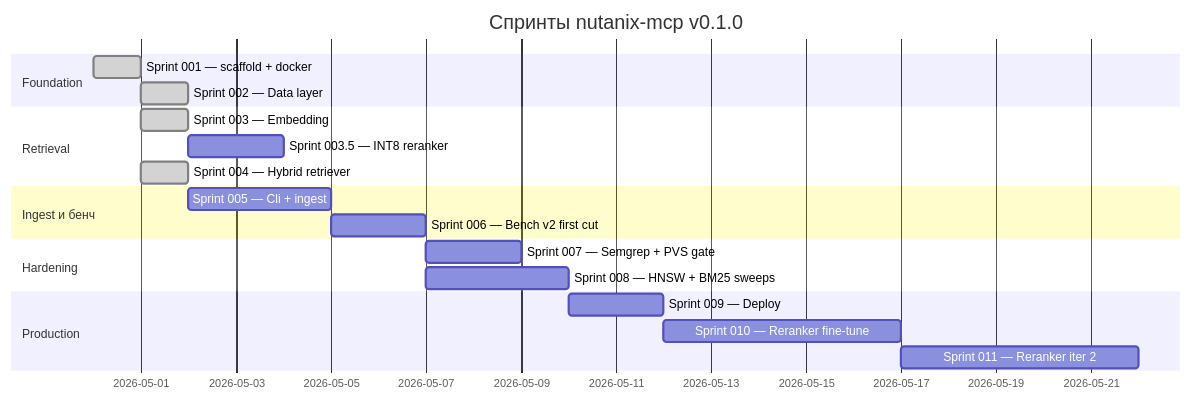
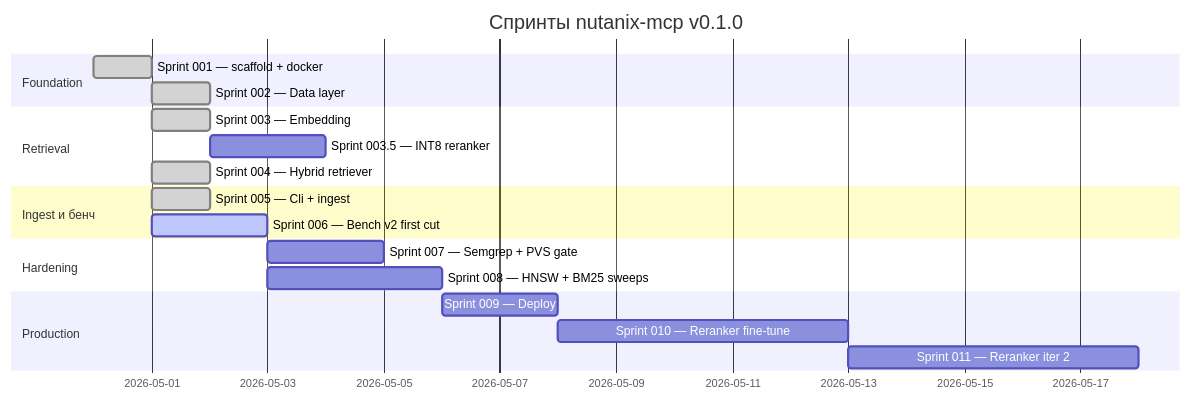
One commit to ioplane/nutanix-mcp changed the diagram in docs/ru/roadmap.md. Above: the diagram before and after it, drawn with Mermaid. The commit also changed other lines of this file and 23 other files, not shown here.

First line of the commit message:
feat(bench): Sprint 006 — bench v2 harness scaffold

````diff
--- a/docs/ru/roadmap.md
+++ b/docs/ru/roadmap.md
@@ -9,22 +9,22 @@
 ```mermaid
 gantt
   title Спринты nutanix-mcp v0.1.0
   dateFormat YYYY-MM-DD
   section Foundation
   Sprint 001 — scaffold + docker     :done, s001, 2026-04-30, 1d
   Sprint 002 — Data layer            :done, s002, 2026-05-01, 1d
   section Retrieval
   Sprint 003 — Embedding             :done, s003, 2026-05-01, 1d
   Sprint 003.5 — INT8 reranker       :         s0035, after s003, 2d
   Sprint 004 — Hybrid retriever      :done, s004, 2026-05-01, 1d
   section Ingest и бенч
-  Sprint 005 — Cli + ingest          :         s005, after s004, 3d
-  Sprint 006 — Bench v2 first cut    :         s006, after s005, 2d
+  Sprint 005 — Cli + ingest          :done, s005, 2026-05-01, 1d
+  Sprint 006 — Bench v2 first cut    :active, s006, 2026-05-01, 2d
   section Hardening
   Sprint 007 — Semgrep + PVS gate    :         s007, after s006, 2d
   Sprint 008 — HNSW + BM25 sweeps    :         s008, after s006, 3d
   section Production
   Sprint 009 — Deploy                :         s009, after s008, 2d
   Sprint 010 — Reranker fine-tune    :         s010, after s009, 5d
   Sprint 011 — Reranker iter 2       :         s011, after s010, 5d
 ```
````
